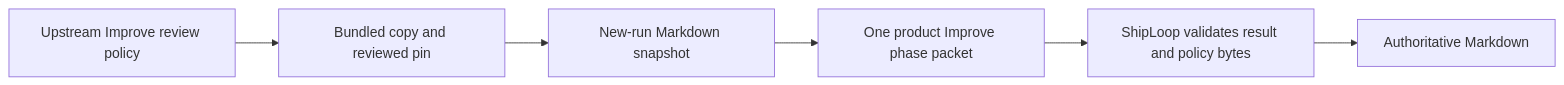
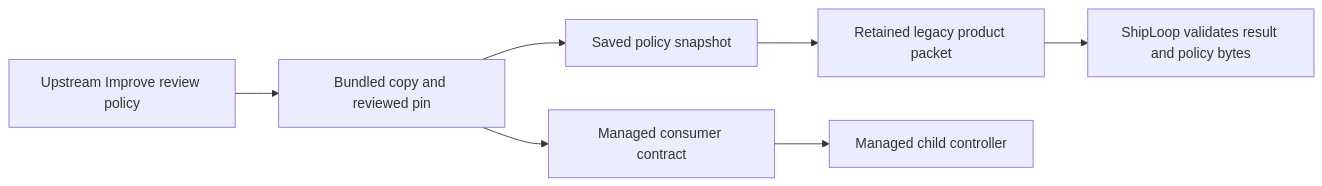
One commit to whichguy/skill-craft changed the third of 20 diagrams in plugins/shiploop/skills/shiploop/README.md. Above: the diagram before and after it, drawn with Mermaid. The commit also changed other lines of this file and 59 other files, not shown here.

First line of the commit message:
feat(shiploop): let managed Improve own SDLC convergence

````diff
--- a/plugins/shiploop/skills/shiploop/README.md
+++ b/plugins/shiploop/skills/shiploop/README.md
@@ -273,8 +320,9 @@
 ```mermaid
 flowchart LR
     U[Upstream Improve review policy] --> B[Bundled copy and reviewed pin]
-    B --> S[New-run Markdown snapshot]
-    S --> P[One product Improve phase packet]
+    B --> S[Saved policy snapshot]
+    S --> P[Retained legacy product packet]
     P --> V[ShipLoop validates result and policy bytes]
-    V --> M[Authoritative Markdown]
+    B --> C[Managed consumer contract]
+    C --> M[Managed child controller]
 ```
````
